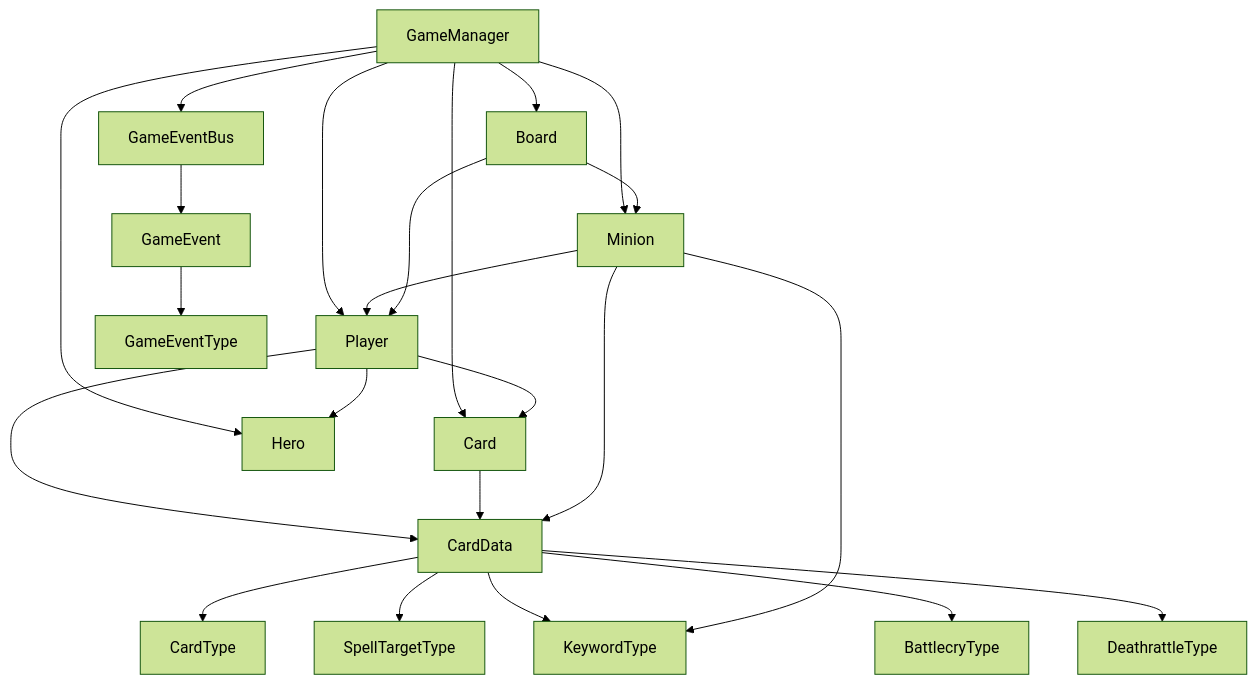
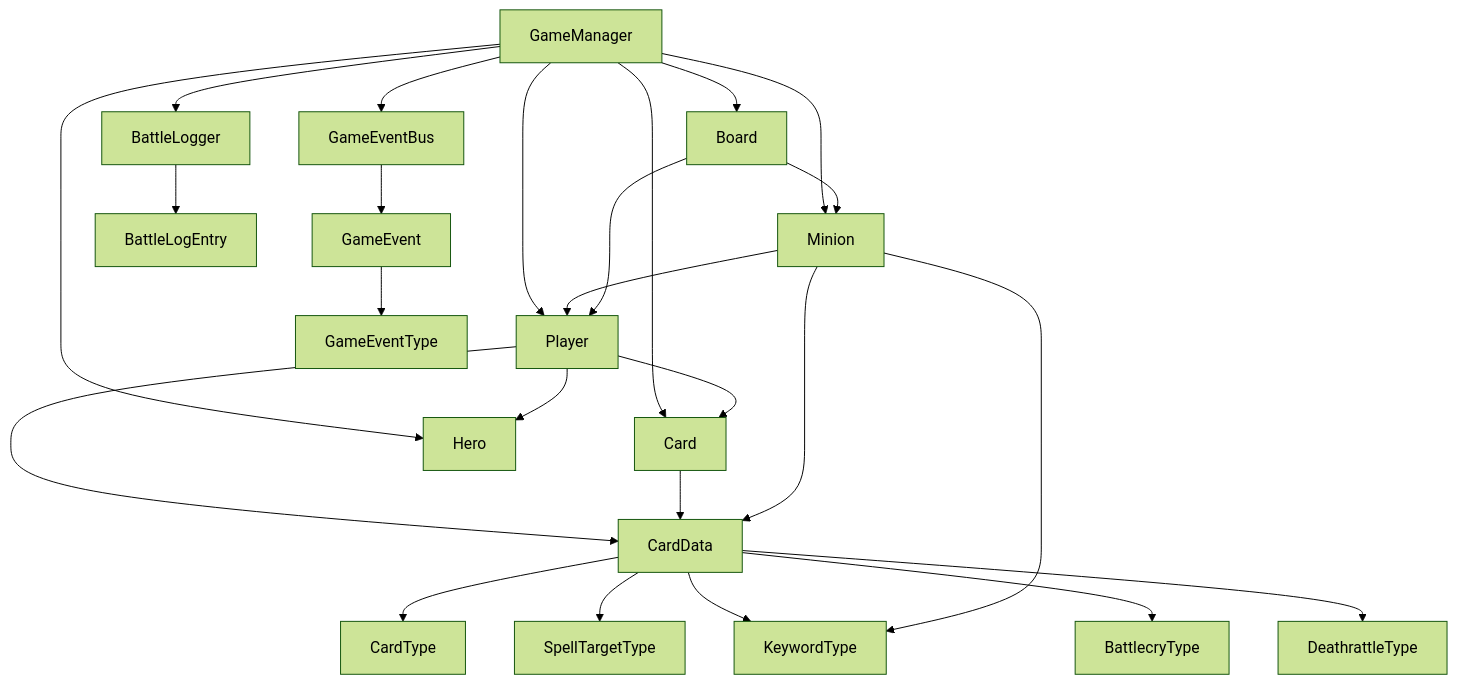
The diagram in Docs/02_CoreArchitecture.md (ZHStatic/HearthstoneClone), drawn with Mermaid (forest theme) before and after one commit. The commit also changed other lines of this file and 17 other files, not shown here.

````diff
--- a/Docs/02_CoreArchitecture.md
+++ b/Docs/02_CoreArchitecture.md
@@ -67,31 +70,34 @@
 ```mermaid
 flowchart TD
     GameManager --> Player
     GameManager --> Board
     GameManager --> Card
     GameManager --> Minion
     GameManager --> Hero
     GameManager --> GameEventBus
+    GameManager --> BattleLogger
+
+    BattleLogger --> BattleLogEntry
 
     GameEventBus --> GameEvent
     GameEvent --> GameEventType
 
     Player --> Hero
     Player --> Card
     Player --> CardData
 
     Card --> CardData
 
     Minion --> CardData
     Minion --> Player
 
     Board --> Player
     Board --> Minion
 
     CardData --> CardType
     CardData --> SpellTargetType
     CardData --> KeywordType
     CardData --> BattlecryType
     CardData --> DeathrattleType
     Minion --> KeywordType
 ```
````
